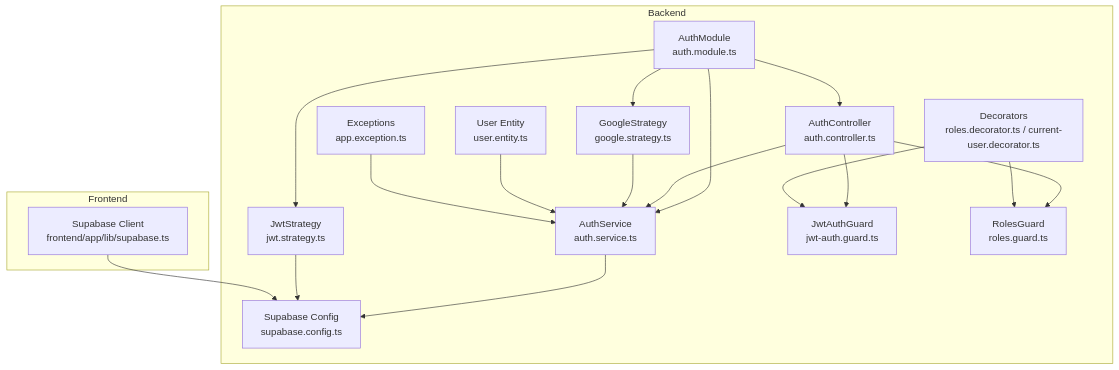
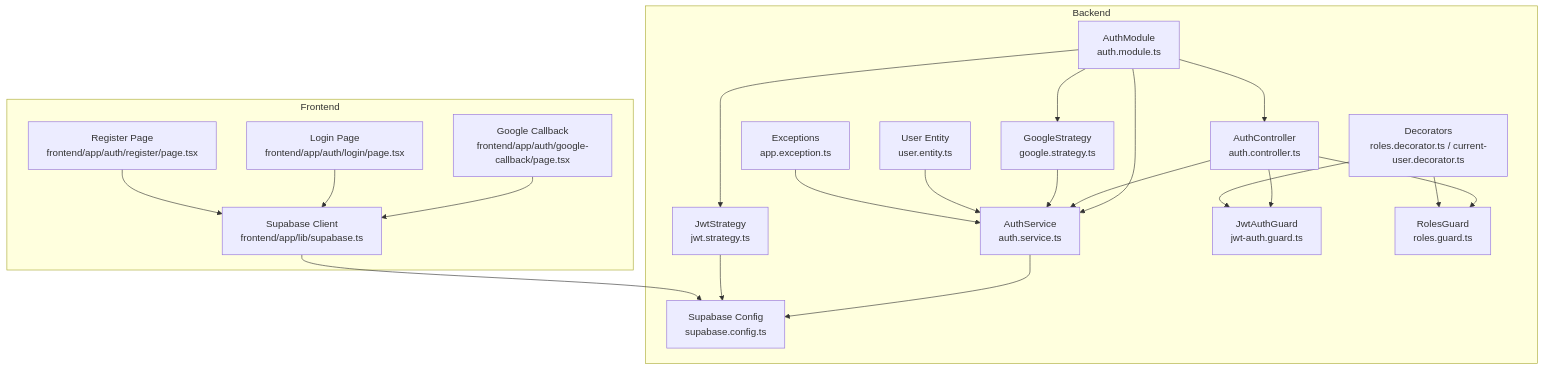
The first of 9 diagrams in .qoder/repowiki/en/content/Project Overview/Core Features/User Authentication & Authorization.md (devonxjz/MissLost), drawn with Mermaid before and after one commit. The commit also changed other lines of this file and 12 other files, not shown here.

````diff
--- a/.qoder/repowiki/en/content/Project Overview/Core Features/User Authentication & Authorization.md
+++ b/.qoder/repowiki/en/content/Project Overview/Core Features/User Authentication & Authorization.md
@@ -48,34 +59,40 @@
 ```mermaid
 graph TB
 subgraph "Backend"
 AM["AuthModule<br/>auth.module.ts"]
 AC["AuthController<br/>auth.controller.ts"]
 AS["AuthService<br/>auth.service.ts"]
 JWS["JwtStrategy<br/>jwt.strategy.ts"]
 GOS["GoogleStrategy<br/>google.strategy.ts"]
 JWTG["JwtAuthGuard<br/>jwt-auth.guard.ts"]
 RLG["RolesGuard<br/>roles.guard.ts"]
 DEC["Decorators<br/>roles.decorator.ts / current-user.decorator.ts"]
 ENT["User Entity<br/>user.entity.ts"]
 SUP["Supabase Config<br/>supabase.config.ts"]
 EXC["Exceptions<br/>app.exception.ts"]
 end
 subgraph "Frontend"
 FS["Supabase Client<br/>frontend/app/lib/supabase.ts"]
+GL["Google Callback<br/>frontend/app/auth/google-callback/page.tsx"]
+LOGIN["Login Page<br/>frontend/app/auth/login/page.tsx"]
+REG["Register Page<br/>frontend/app/auth/register/page.tsx"]
 end
 AM --> AC
 AM --> AS
 AM --> JWS
 AM --> GOS
 AC --> AS
 AC --> JWTG
 AC --> RLG
 AS --> SUP
 JWS --> SUP
 GOS --> AS
 DEC --> JWTG
 DEC --> RLG
 ENT --> AS
 FS --> SUP
+GL --> FS
+LOGIN --> FS
+REG --> FS
 EXC --> AS
 ```
````
